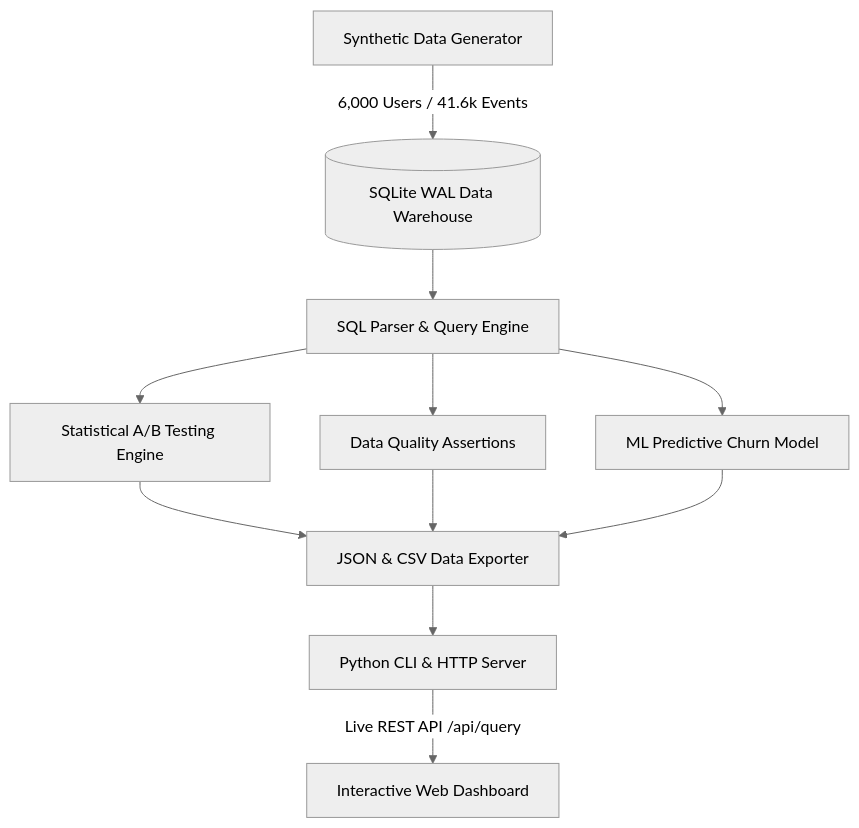
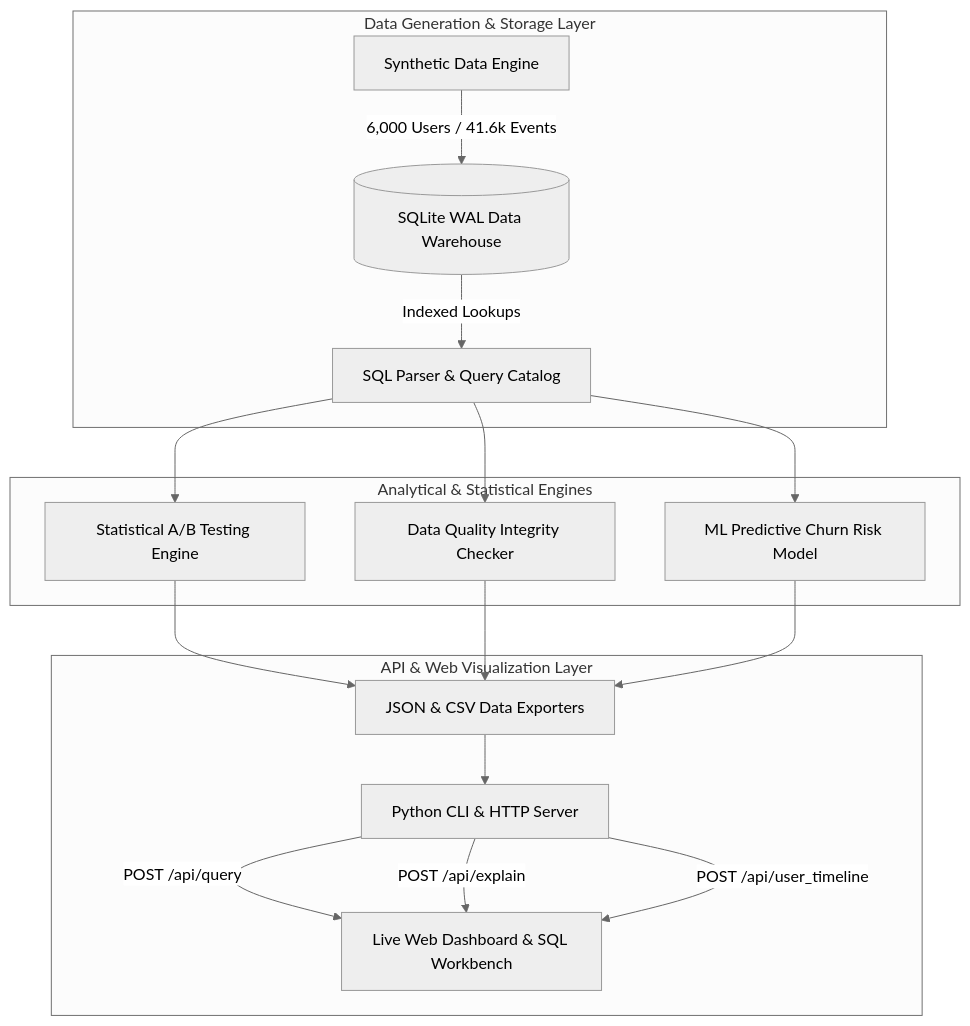
Before and after one commit to Yash-Singh607/PixelPulse: the diagram in README.md, drawn with Mermaid (neutral theme). The commit also changed other lines of this file, not shown here.

Commit message:
docs: enhance README with mathematical formulas, architecture flowchart, and REST API specification

````diff
--- a/README.md
+++ b/README.md
@@ -34,13 +38,23 @@
 ```mermaid
 flowchart TD
-    A[Synthetic Data Generator] -->|6,000 Users / 41.6k Events| B[(SQLite WAL Data Warehouse)]
-    B --> C[SQL Parser & Query Engine]
-    C --> D[Statistical A/B Testing Engine]
-    C --> E[Data Quality Assertions]
-    C --> F[ML Predictive Churn Model]
-    D --> G[JSON & CSV Data Exporter]
-    E --> G
-    F --> G
-    G --> H[Python CLI & HTTP Server]
-    H -->|Live REST API /api/query| I[Interactive Web Dashboard]
+    subgraph Data Generation & Storage Layer
+        A[Synthetic Data Engine] -->|6,000 Users / 41.6k Events| B[(SQLite WAL Data Warehouse)]
+        B -->|Indexed Lookups| C[SQL Parser & Query Catalog]
+    end
+
+    subgraph Analytical & Statistical Engines
+        C --> D[Statistical A/B Testing Engine]
+        C --> E[Data Quality Integrity Checker]
+        C --> F[ML Predictive Churn Risk Model]
+    end
+
+    subgraph API & Web Visualization Layer
+        D --> G[JSON & CSV Data Exporters]
+        E --> G
+        F --> G
+        G --> H[Python CLI & HTTP Server]
+        H -->|POST /api/query| I[Live Web Dashboard & SQL Workbench]
+        H -->|POST /api/explain| I
+        H -->|POST /api/user_timeline| I
+    end
 ```
````
